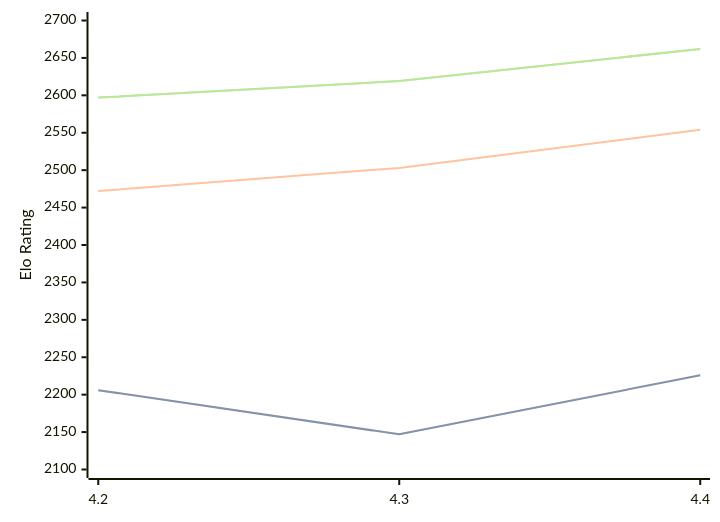
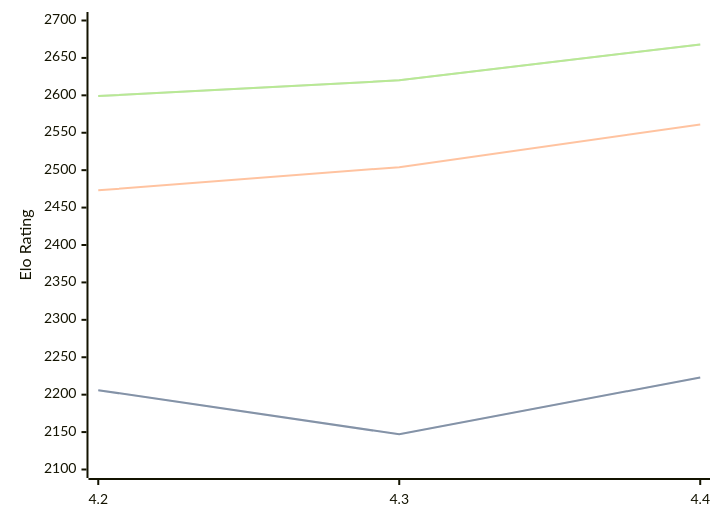
The diagram in engines/Eubos.md (computer-chess-index/cci), drawn with Mermaid before and after one commit. The commit also changed other lines of this file, not shown here.

Commit message:
Update CCI Ratings (ELO VLTC) - 2026-05-14

````diff
--- a/engines/Eubos.md
+++ b/engines/Eubos.md
@@ -89,11 +89,11 @@
 ```mermaid
 %%{init: {"theme":"base","themeVariables":{"seriesColors:['#a3a3a3','#222221','#faa371']}}}%%
 xychart-beta
   x-axis ["4.2", "4.3", "4.4"]
   y-axis "Elo Rating" 2100 --> 2700
-  line "STC (8.0+0.08s)" [2206, 2147, 2226]
-  line "STC (8.0+0.08s)" [2206, 2147, 2226]
-  line "LTC (60.0+0.60s)" [2472, 2503, 2554]
-  line "VLTC (2m24s+1.12s)" [2597, 2619, 2662]
-  line "VLTC (2m24s+1.12s)" [2597, 2619, 2662]
+  line "STC (8.0+0.08s)" [2206, 2147, 2223]
+  line "STC (8.0+0.08s)" [2206, 2147, 2223]
+  line "LTC (60.0+0.60s)" [2473, 2504, 2561]
+  line "VLTC (2m24s+1.12s)" [2599, 2620, 2668]
+  line "VLTC (2m24s+1.12s)" [2599, 2620, 2668]
 ```
````
